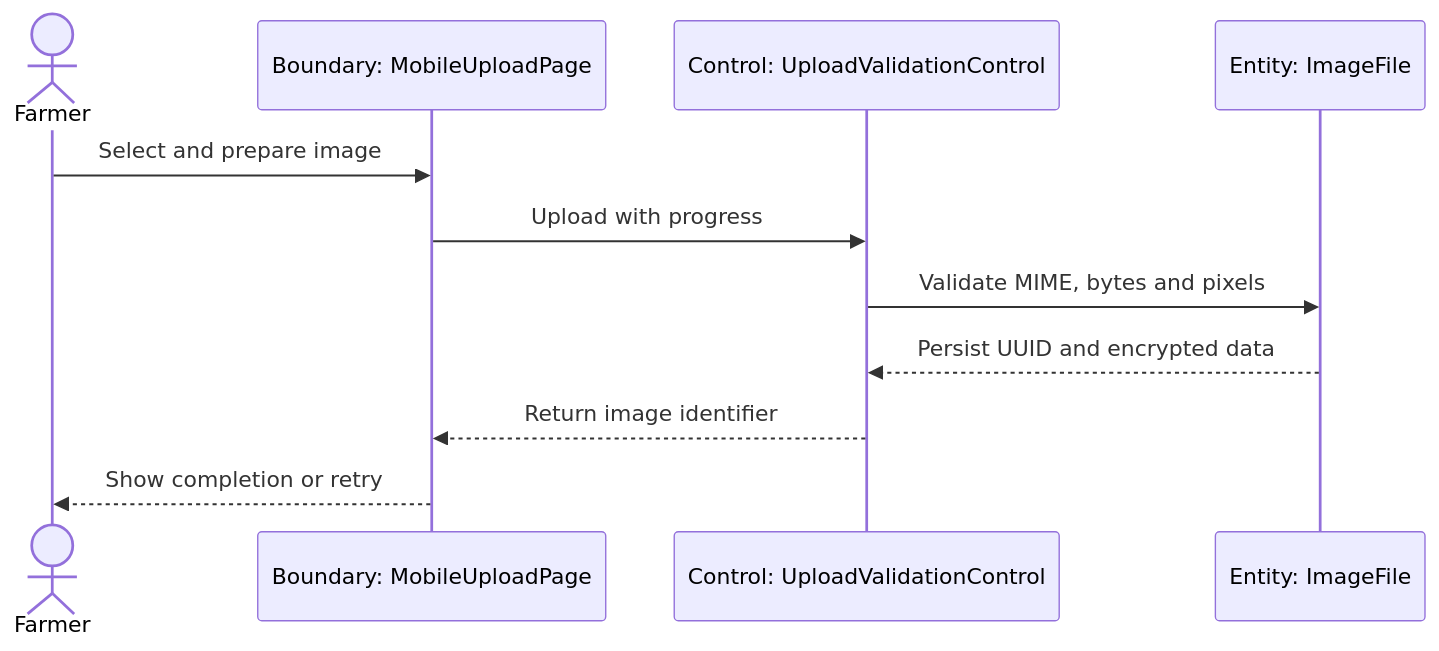
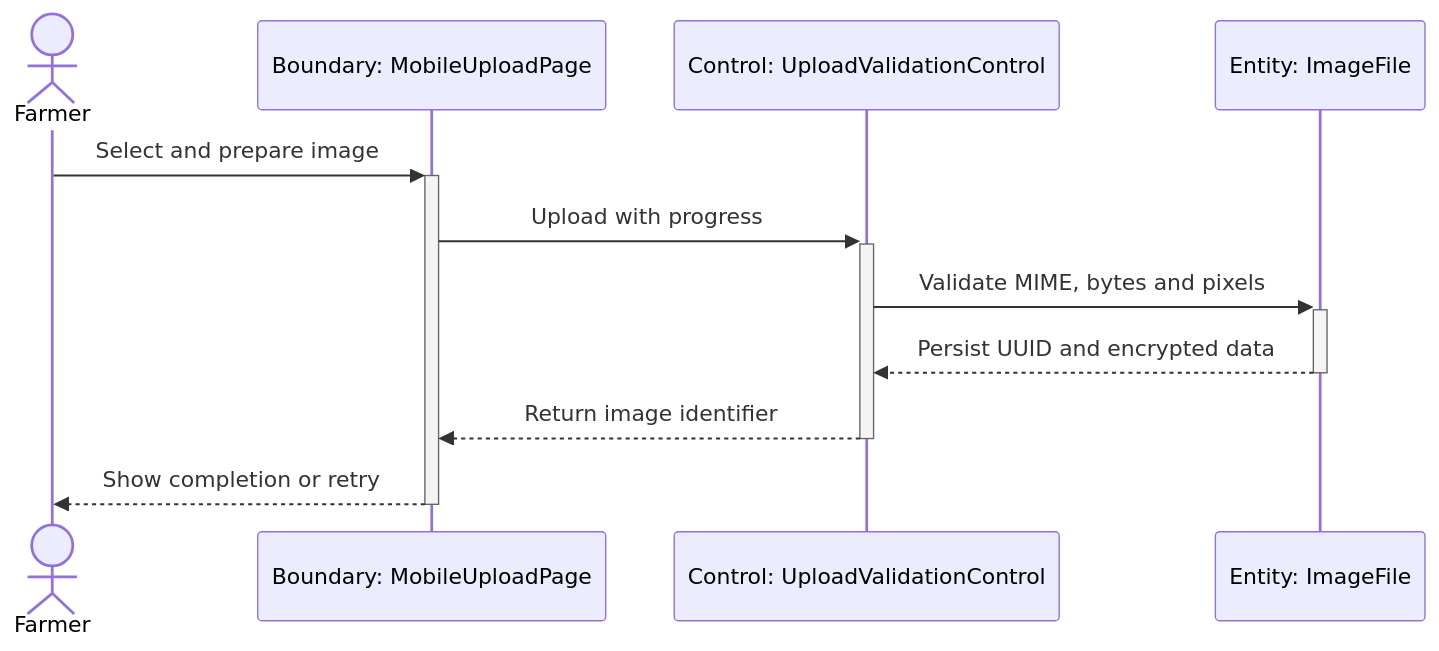
The diagram in docs/design/uml/story-extensions/a-11/sequence.mmd (zhabgjialu2003-sudo/Counting-Maize-Tassels-in-the-Wild-via-Deep-Neural-Network), drawn with Mermaid before and after one commit. The commit also changed 32 other files, not shown here.

First line of the commit message:
docs(diagrams): add sequence activation bars

```diff
--- a/docs/design/uml/story-extensions/a-11/sequence.mmd
+++ b/docs/design/uml/story-extensions/a-11/sequence.mmd
@@ -1,11 +1,11 @@
 sequenceDiagram
 actor Farmer as Farmer
 participant MobileUploadPage as Boundary: MobileUploadPage
 participant UploadValidationControl as Control: UploadValidationControl
 participant ImageFile as Entity: ImageFile
-Farmer->>MobileUploadPage: Select and prepare image
-MobileUploadPage->>UploadValidationControl: Upload with progress
-UploadValidationControl->>ImageFile: Validate MIME, bytes and pixels
-ImageFile-->>UploadValidationControl: Persist UUID and encrypted data
-UploadValidationControl-->>MobileUploadPage: Return image identifier
-MobileUploadPage-->>Farmer: Show completion or retry
+Farmer->>+MobileUploadPage: Select and prepare image
+MobileUploadPage->>+UploadValidationControl: Upload with progress
+UploadValidationControl->>+ImageFile: Validate MIME, bytes and pixels
+ImageFile-->>-UploadValidationControl: Persist UUID and encrypted data
+UploadValidationControl-->>-MobileUploadPage: Return image identifier
+MobileUploadPage-->>-Farmer: Show completion or retry
```
